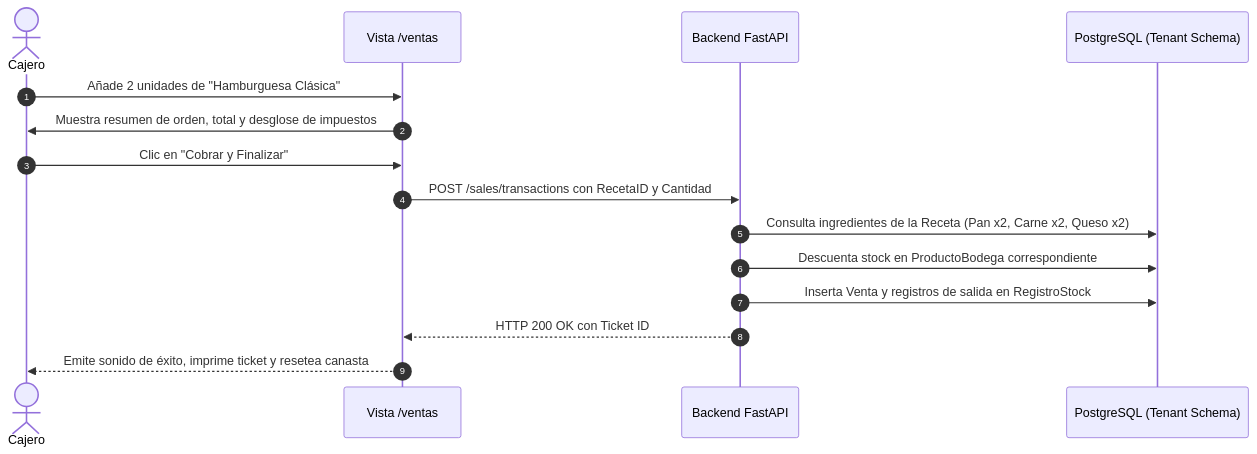
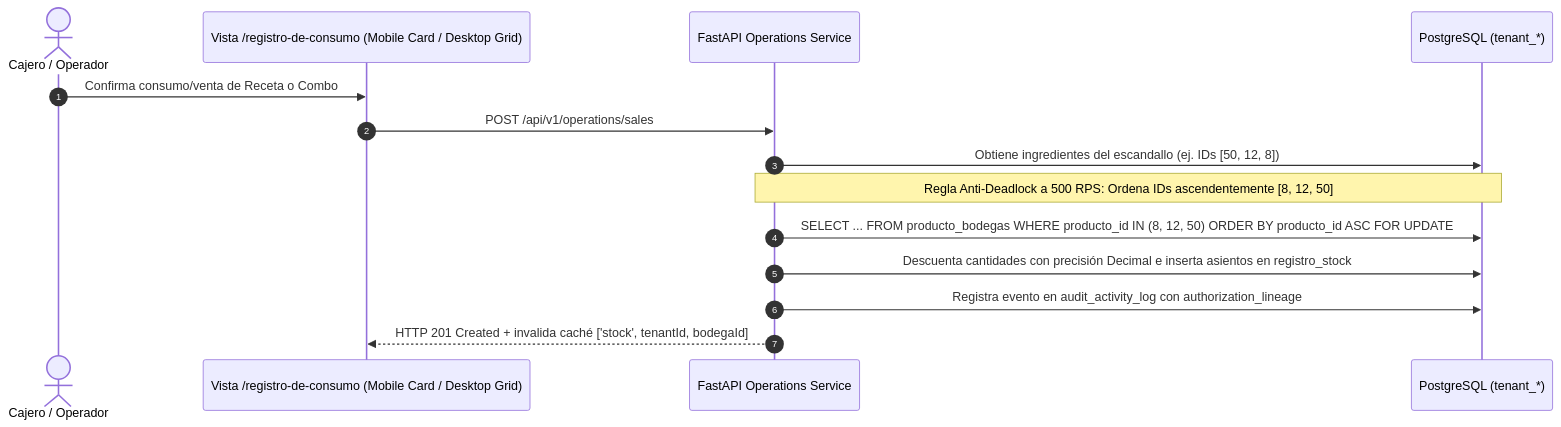
The fourth of 5 diagrams in specs/03-USER-FLOWS.md (OppyTec/OppyTec-Oficial), drawn with Mermaid before and after one commit. The commit also changed other lines of this file and 6 other files, not shown here.

````diff
--- a/specs/03-USER-FLOWS.md
+++ b/specs/03-USER-FLOWS.md
@@ -124,18 +104,17 @@
 ```mermaid
 sequenceDiagram
     autonumber
-    actor Cajero as Cajero
-    participant POSUI as Vista /ventas
-    participant API as Backend FastAPI
-    participant DB as PostgreSQL (Tenant Schema)
+    actor Cajero as Cajero / Operador
+    participant POS as Vista /registro-de-consumo (Mobile Card / Desktop Grid)
+    participant API as FastAPI Operations Service
+    participant DB as PostgreSQL (tenant_*)
 
-    Cajero->>POSUI: Añade 2 unidades de "Hamburguesa Clásica"
-    POSUI->>Cajero: Muestra resumen de orden, total y desglose de impuestos
-    Cajero->>POSUI: Clic en "Cobrar y Finalizar"
-    POSUI->>API: POST /sales/transactions con RecetaID y Cantidad
-    API->>DB: Consulta ingredientes de la Receta (Pan x2, Carne x2, Queso x2)
-    API->>DB: Descuenta stock en ProductoBodega correspondiente
-    API->>DB: Inserta Venta y registros de salida en RegistroStock
-    API-->>POSUI: HTTP 200 OK con Ticket ID
-    POSUI-->>Cajero: Emite sonido de éxito, imprime ticket y resetea canasta
+    Cajero->>POS: Confirma consumo/venta de Receta o Combo
+    POS->>API: POST /api/v1/operations/sales
+    API->>DB: Obtiene ingredientes del escandallo (ej. IDs [50, 12, 8])
+    Note over API,DB: Regla Anti-Deadlock a 500 RPS: Ordena IDs ascendentemente [8, 12, 50]
+    API->>DB: SELECT ... FROM producto_bodegas WHERE producto_id IN (8, 12, 50) ORDER BY producto_id ASC FOR UPDATE
+    API->>DB: Descuenta cantidades con precisión Decimal e inserta asientos en registro_stock
+    API->>DB: Registra evento en audit_activity_log con authorization_lineage
+    API-->>POS: HTTP 201 Created + invalida caché ['stock', tenantId, bodegaId]
 ```
````
